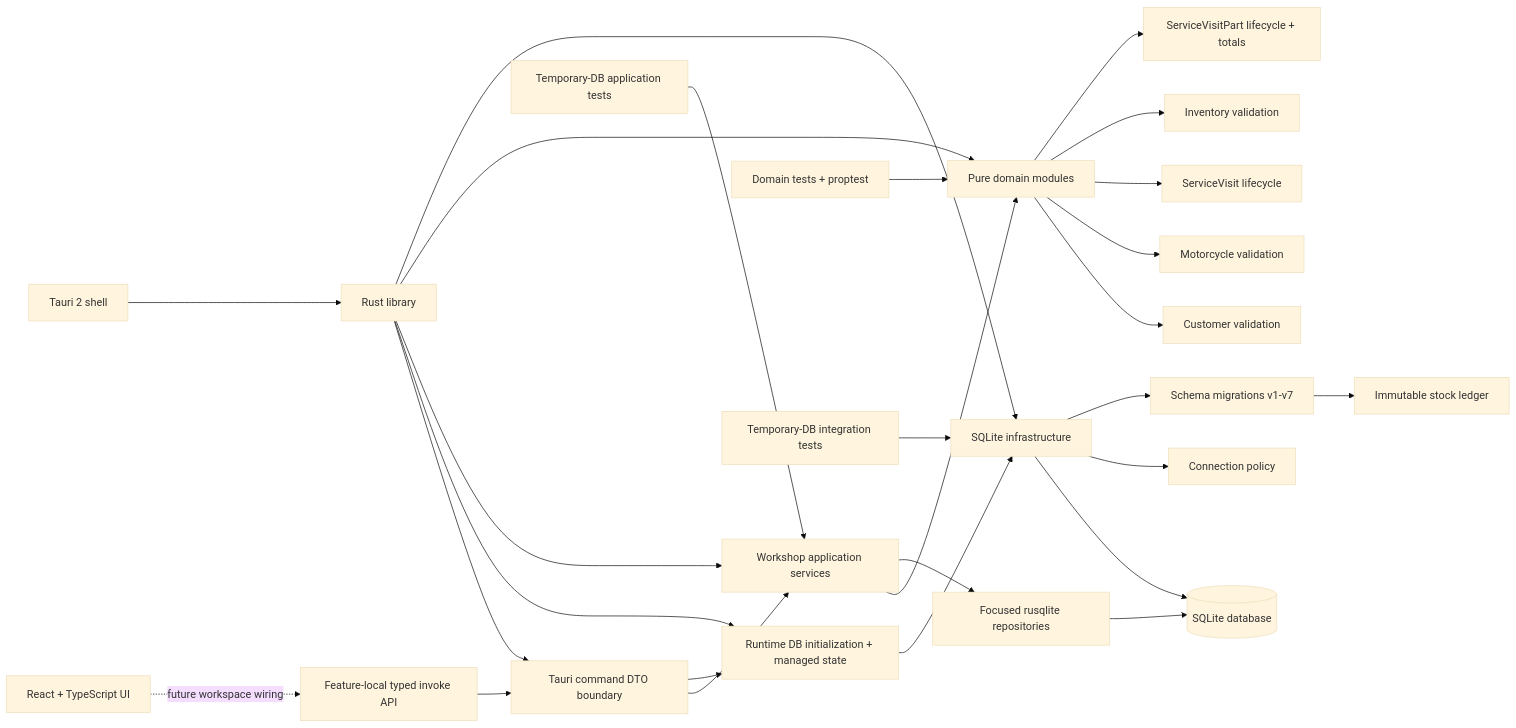
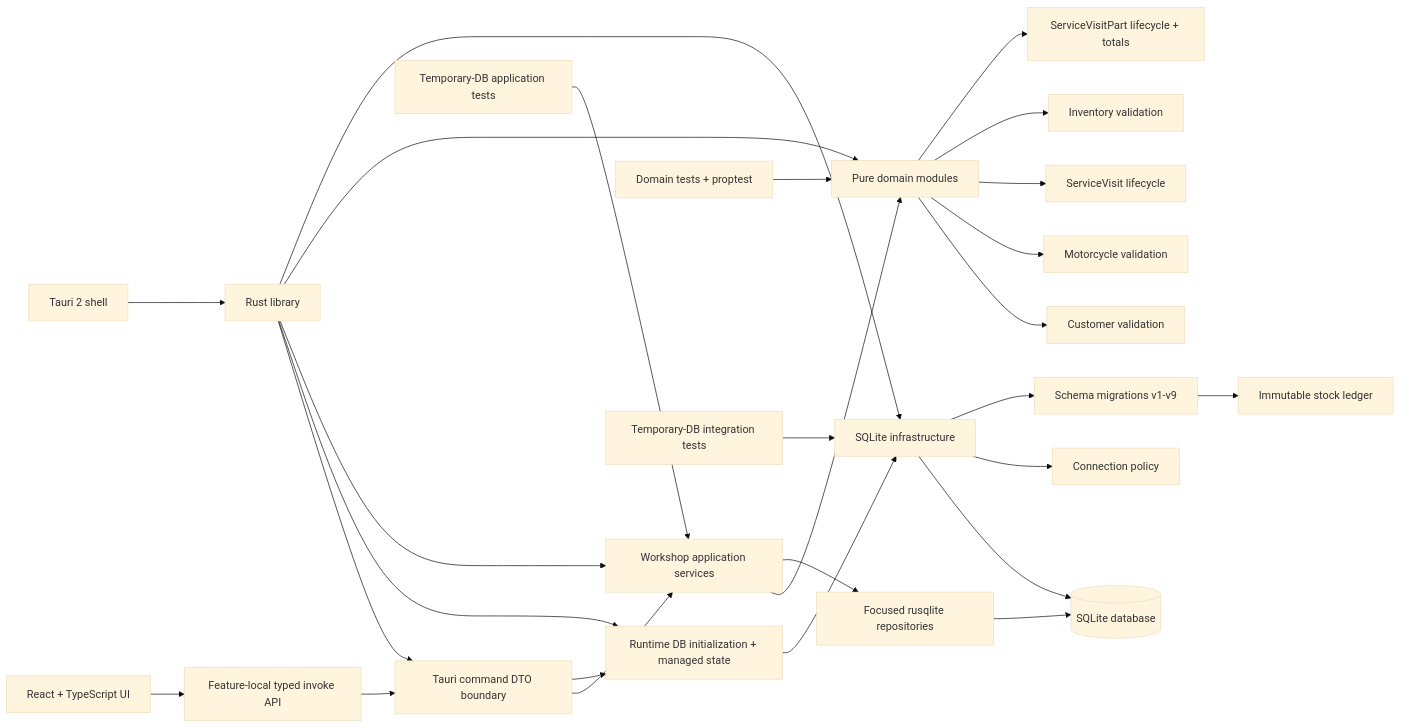
The diagram in SOFTWARE_ARCHITECTURE.md (abdfarasin/moto-workshop), drawn with Mermaid (base theme) before and after one commit. The commit also changed other lines of this file and 129 other files, not shown here.

````diff
--- a/SOFTWARE_ARCHITECTURE.md
+++ b/SOFTWARE_ARCHITECTURE.md
@@ -7,31 +7,31 @@
 ```mermaid
 flowchart LR
-    UI[React + TypeScript UI] -.->|future workspace wiring| API[Feature-local typed invoke API]
+    UI[React + TypeScript UI] --> API[Feature-local typed invoke API]
     API --> COMMANDS[Tauri command DTO boundary]
     SHELL[Tauri 2 shell] --> LIB[Rust library]
     LIB --> COMMANDS
     LIB --> RUNTIME[Runtime DB initialization + managed state]
     COMMANDS --> APP
     COMMANDS --> RUNTIME
     RUNTIME --> DB
     LIB --> APP[Workshop application services]
     LIB --> DOMAIN[Pure domain modules]
     LIB --> DB[SQLite infrastructure]
     APP --> DOMAIN
     APP --> REPOS[Focused rusqlite repositories]
     REPOS --> SQLITE
     DB --> SQLITE[(SQLite database)]
 
     DOMAIN --> CUSTOMER[Customer validation]
     DOMAIN --> MOTORCYCLE[Motorcycle validation]
     DOMAIN --> VISIT[ServiceVisit lifecycle]
     DOMAIN --> INVENTORY[Inventory validation]
     DOMAIN --> PARTS[ServiceVisitPart lifecycle + totals]
     DB --> CONNECTION[Connection policy]
-    DB --> MIGRATIONS[Schema migrations v1-v7]
+    DB --> MIGRATIONS[Schema migrations v1-v9]
     MIGRATIONS --> LEDGER[Immutable stock ledger]
 
     DTESTS[Domain tests + proptest] --> DOMAIN
     DBTESTS[Temporary-DB integration tests] --> DB
     APPTESTS[Temporary-DB application tests] --> APP
 ```
````
